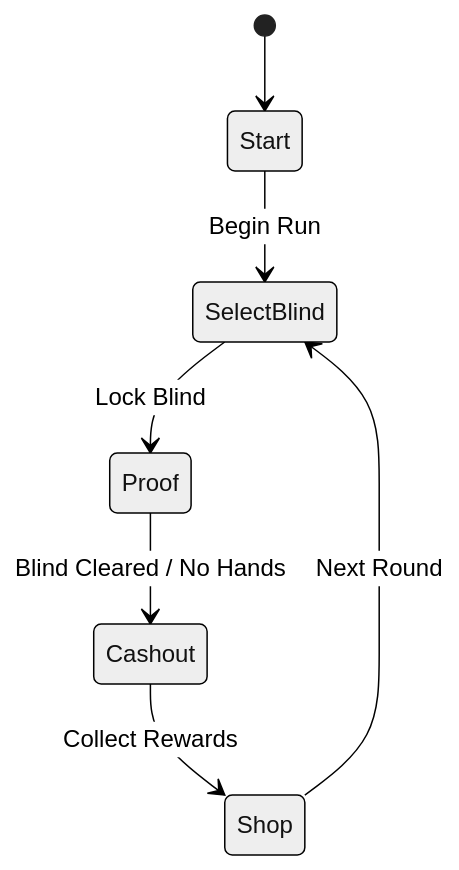
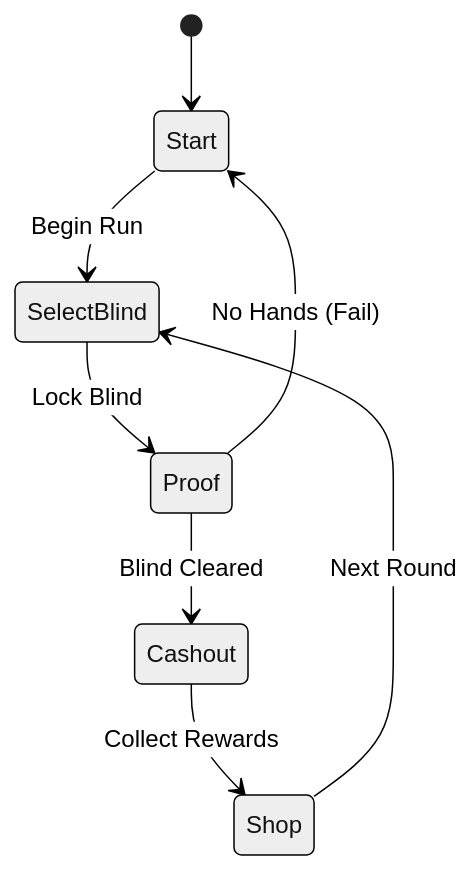
Before and after one commit to lilzcyyds-alt/boolatro: the diagram in design_doc/2.1 Phase Flow.md, drawn with Mermaid (neutral theme). The commit also changed other lines of this file and 2 other files, not shown here.

````diff
--- a/design_doc/2.1 Phase Flow.md
+++ b/design_doc/2.1 Phase Flow.md
@@ -5,9 +5,10 @@
 ```mermaid
 stateDiagram-v2
     [*] --> Start
     Start --> SelectBlind: Begin Run
     SelectBlind --> Proof: Lock Blind
-    Proof --> Cashout: Blind Cleared / No Hands
+    Proof --> Cashout: Blind Cleared
+    Proof --> Start: No Hands (Fail)
     Cashout --> Shop: Collect Rewards
     Shop --> SelectBlind: Next Round
 ```
````
